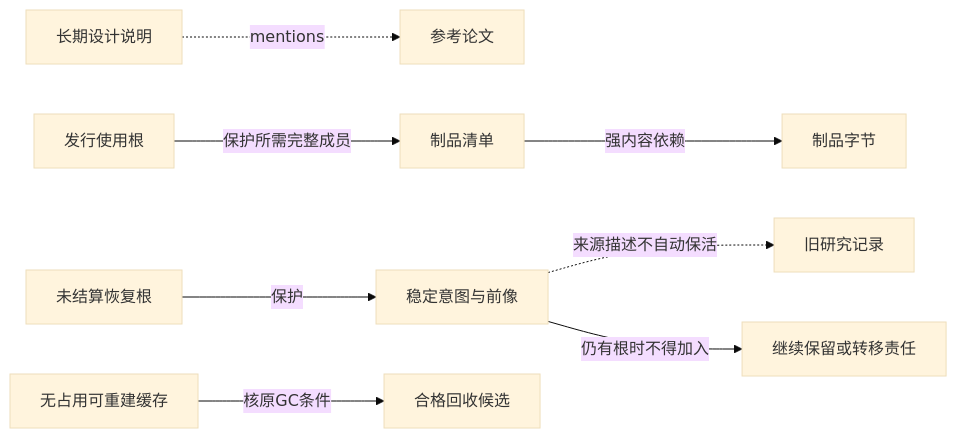
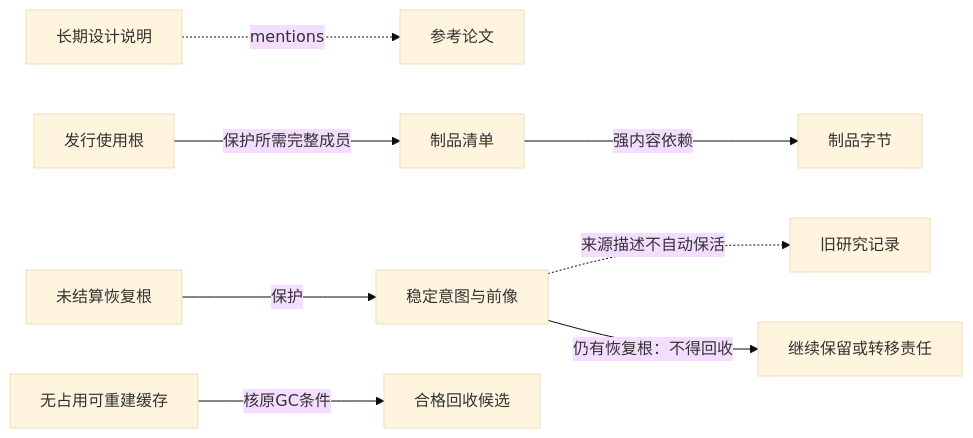
Before and after one commit to sec-platform/sec: the diagram in docs/信息/存储保留与恢复.md, drawn with Mermaid (base theme). The commit also changed other lines of this file and 122 other files, not shown here.

First line of the commit message:
docs: unify system diagrams and remove redundant design text (#882)

````diff
--- a/docs/信息/存储保留与恢复.md
+++ b/docs/信息/存储保留与恢复.md
@@ -88,10 +88,10 @@
 ```mermaid
 flowchart LR
   NOTE[长期设计说明] -.->|mentions| PAPER[参考论文]
   PUB[发行使用根] -->|保护所需完整成员| MAN[制品清单]
   MAN -->|强内容依赖| CODE[制品字节]
   REC[未结算恢复根] -->|保护| INTENT[稳定意图与前像]
   INTENT -.->|来源描述不自动保活| OLD[旧研究记录]
   CACHE[无占用可重建缓存] -->|核原GC条件| SWEEP[合格回收候选]
-  INTENT -->|仍有根时不得加入| KEEP[继续保留或转移责任]
+  INTENT -->|仍有恢复根：不得回收| KEEP[继续保留或转移责任]
 ```
````
